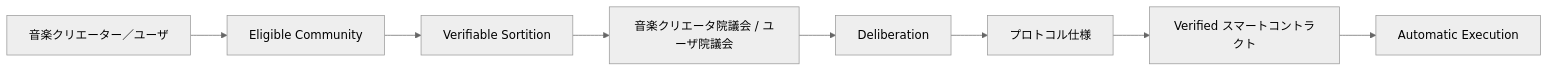
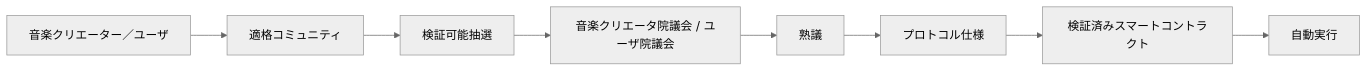
Before and after one commit to ShigeichiroYamasaki/creator-first-platform: the first of 5 diagrams in docs/index.md, drawn with Mermaid (neutral theme). The commit also changed other lines of this file and 72 other files, not shown here.

````diff
--- a/docs/index.md
+++ b/docs/index.md
@@ -100,13 +100,13 @@
 ```mermaid
 flowchart LR
     CU[音楽クリエーター／ユーザ]
-    ELIGIBLE[Eligible Community]
-    SORT[Verifiable Sortition]
+    ELIGIBLE[適格コミュニティ]
+    SORT[検証可能抽選]
     HOUSE[音楽クリエータ院議会 / ユーザ院議会]
-    DELIB[Deliberation]
+    DELIB[熟議]
     SPEC[プロトコル仕様]
-    CODE[Verified スマートコントラクト]
-    EXEC[Automatic Execution]
+    CODE[検証済みスマートコントラクト]
+    EXEC[自動実行]
 
     CU --> ELIGIBLE --> SORT --> HOUSE --> DELIB --> SPEC --> CODE --> EXEC
 ```
````
